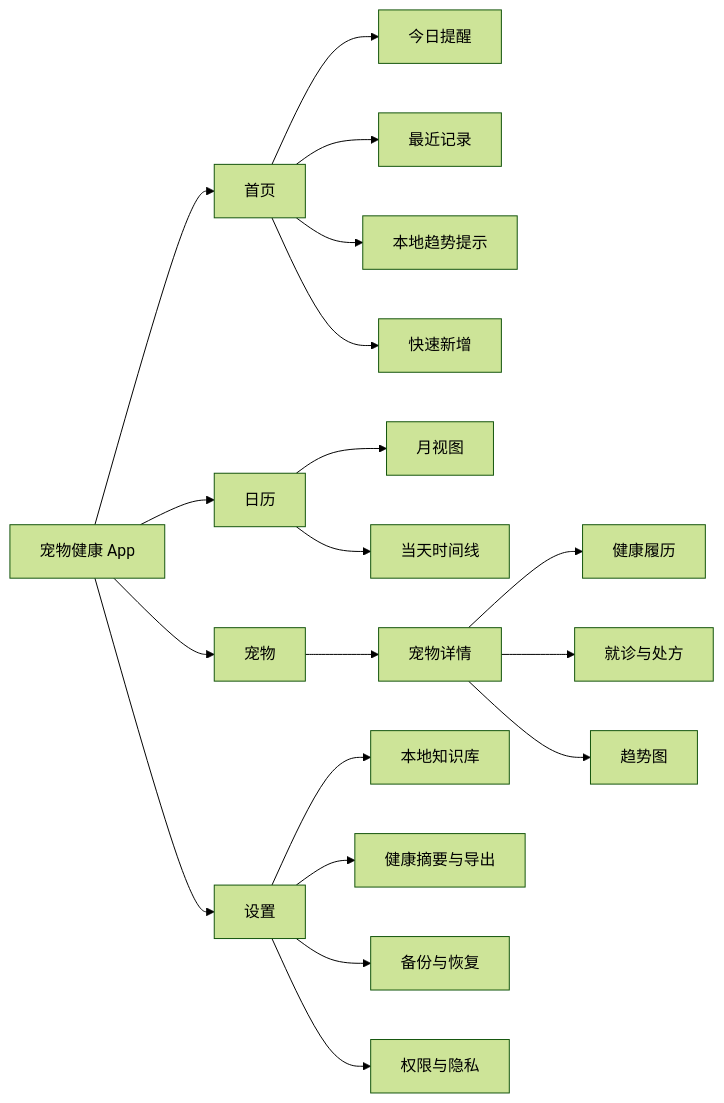
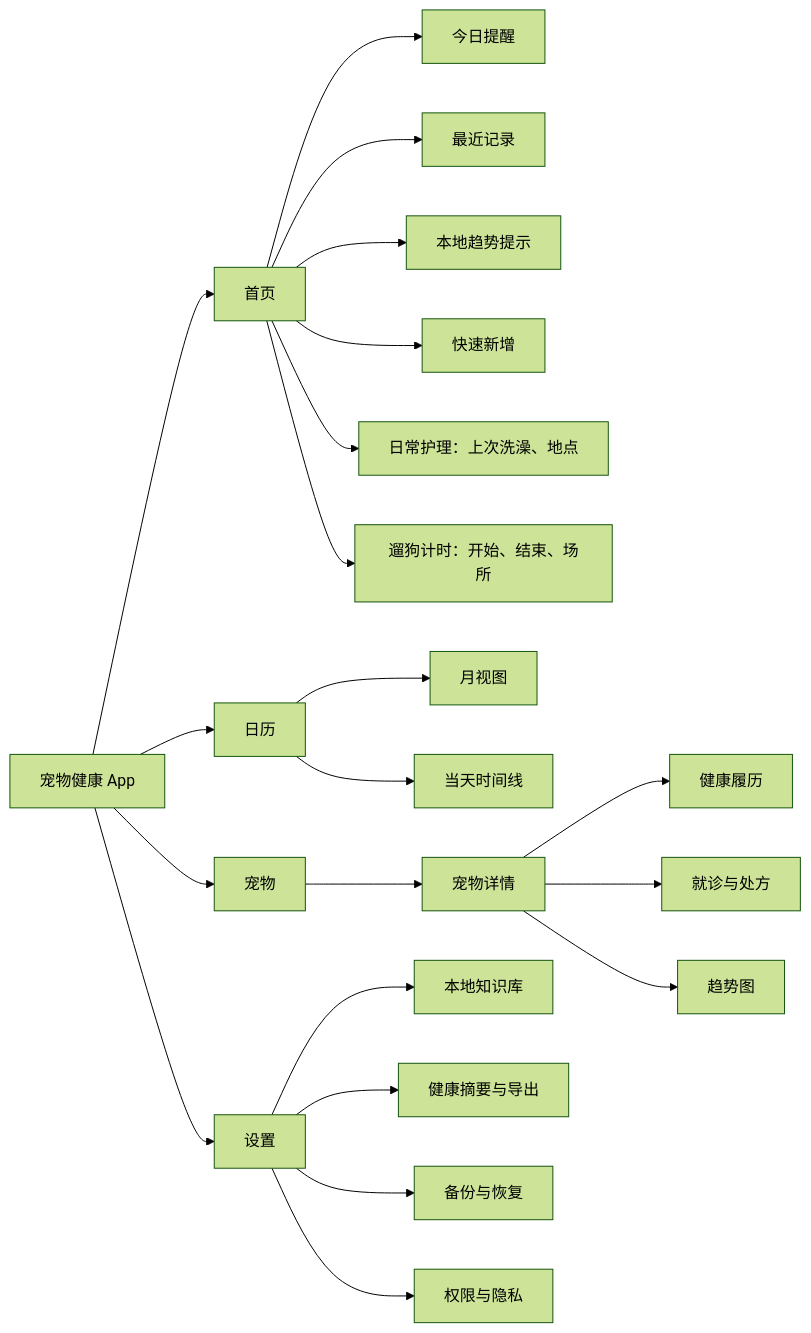
One commit to Q-LL/pet-health changed the second of 7 diagrams in PROJECT_BLUEPRINT.md. Above: the diagram before and after it, drawn with Mermaid (forest theme). The commit also changed other lines of this file and 8 other files, not shown here.

````diff
--- a/PROJECT_BLUEPRINT.md
+++ b/PROJECT_BLUEPRINT.md
@@ -69,25 +74,27 @@
 ```mermaid
 flowchart LR
     APP["宠物健康 App"] --> HOME["首页"]
     APP --> CAL["日历"]
     APP --> PETS["宠物"]
     APP --> SETTINGS["设置"]
 
     HOME --> TODAY["今日提醒"]
     HOME --> RECENT["最近记录"]
     HOME --> INSIGHT["本地趋势提示"]
     HOME --> ADD["快速新增"]
+    HOME --> CARE["日常护理：上次洗澡、地点"]
+    HOME --> WALK["遛狗计时：开始、结束、场所"]
 
     CAL --> MONTH["月视图"]
     CAL --> TIMELINE["当天时间线"]
 
     PETS --> DETAIL["宠物详情"]
     DETAIL --> HISTORY["健康履历"]
     DETAIL --> VISITS["就诊与处方"]
     DETAIL --> TRENDS["趋势图"]
 
     SETTINGS --> KNOWLEDGE["本地知识库"]
     SETTINGS --> REPORT["健康摘要与导出"]
     SETTINGS --> BACKUP["备份与恢复"]
     SETTINGS --> PRIVACY["权限与隐私"]
 ```
````
